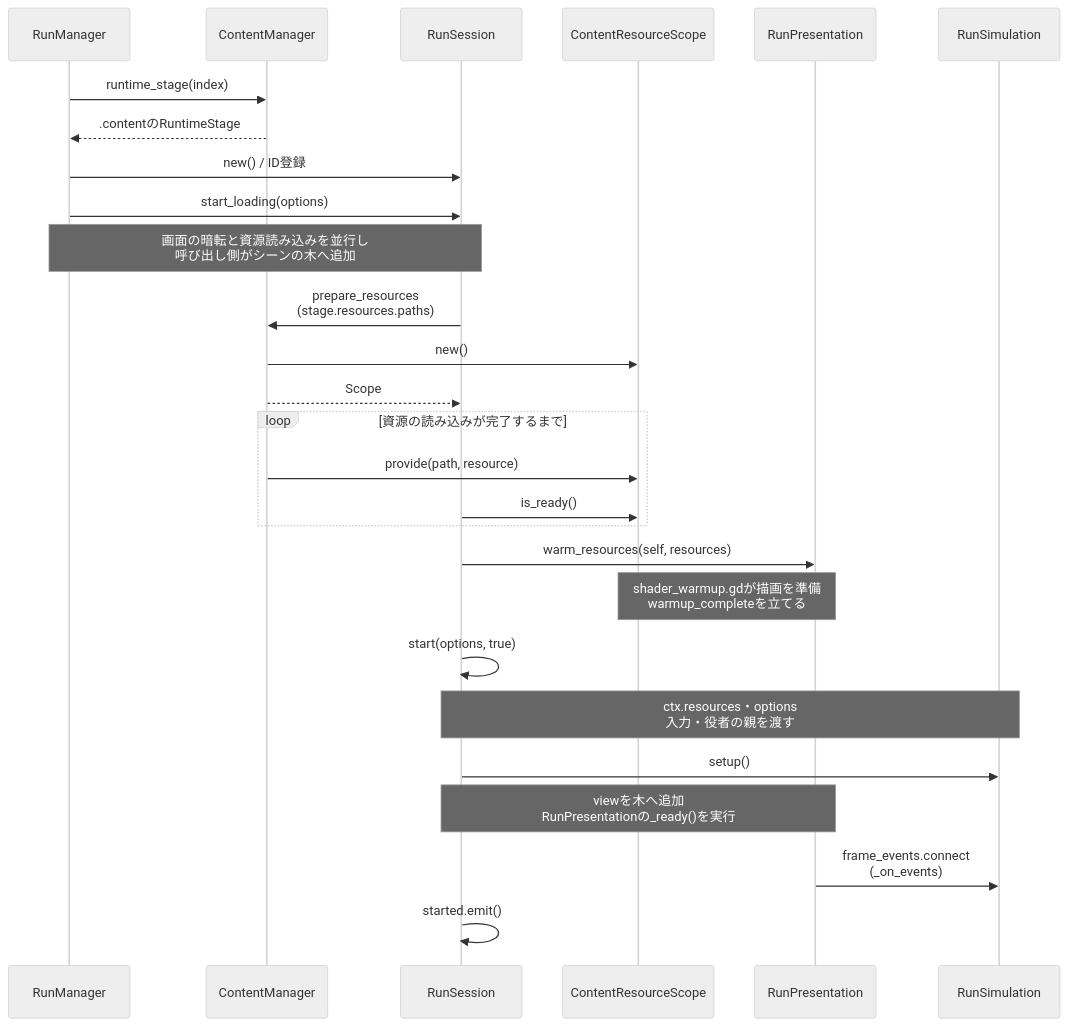
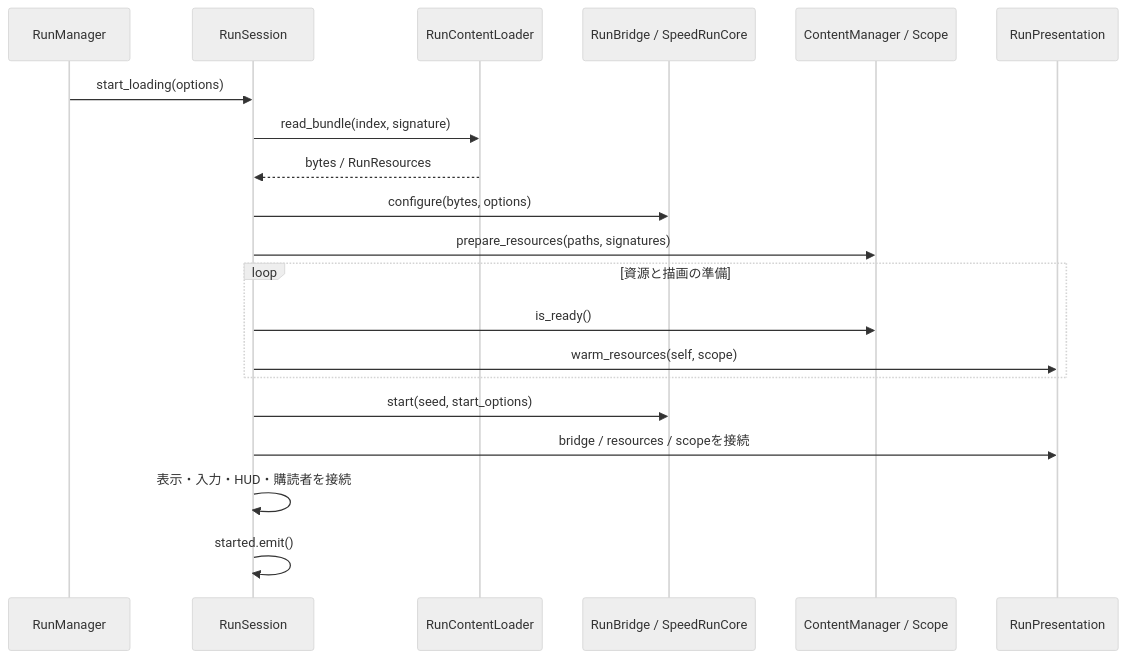
Before and after one commit to Tomatoguy1029/speed: the third of 4 diagrams in docs/architecture.md, drawn with Mermaid (neutral theme). The commit also changed other lines of this file and 3 other files, not shown here.

````diff
--- a/docs/architecture.md
+++ b/docs/architecture.md
@@ -548,29 +376,22 @@
 ```mermaid
 sequenceDiagram
   participant RM as RunManager
-  participant CM as ContentManager
   participant S as RunSession
-  participant R as ContentResourceScope
+  participant L as RunContentLoader
+  participant B as RunBridge / SpeedRunCore
+  participant CM as ContentManager / Scope
   participant P as RunPresentation
-  participant Sim as RunSimulation
-  RM->>CM: runtime_stage(index)
-  CM-->>RM: .contentのRuntimeStage
-  RM->>S: new() / ID登録
   RM->>S: start_loading(options)
-  Note over RM,S: 画面の暗転と資源読み込みを並行し<br/>呼び出し側がシーンの木へ追加
-  S->>CM: prepare_resources<br/>(stage.resources.paths)
-  CM->>R: new()
-  CM-->>S: Scope
-  loop 資源の読み込みが完了するまで
-    CM->>R: provide(path, resource)
-    S->>R: is_ready()
+  S->>L: read_bundle(index, signature)
+  L-->>S: bytes / RunResources
+  S->>B: configure(bytes, options)
+  S->>CM: prepare_resources(paths, signatures)
+  loop 資源と描画の準備
+    S->>CM: is_ready()
+    S->>P: warm_resources(self, scope)
   end
-  S->>P: warm_resources(self, resources)
-  Note over R,P: shader_warmup.gdが描画を準備<br/>warmup_completeを立てる
-  S->>S: start(options, true)
-  Note over S,Sim: ctx.resources・options<br/>入力・役者の親を渡す
-  S->>Sim: setup()
-  Note over S,P: viewを木へ追加<br/>RunPresentationの_ready()を実行
-  P->>Sim: frame_events.connect<br/>(_on_events)
+  S->>B: start(seed, start_options)
+  S->>P: bridge / resources / scopeを接続
+  S->>S: 表示・入力・HUD・購読者を接続
   S->>S: started.emit()
 ```
````
